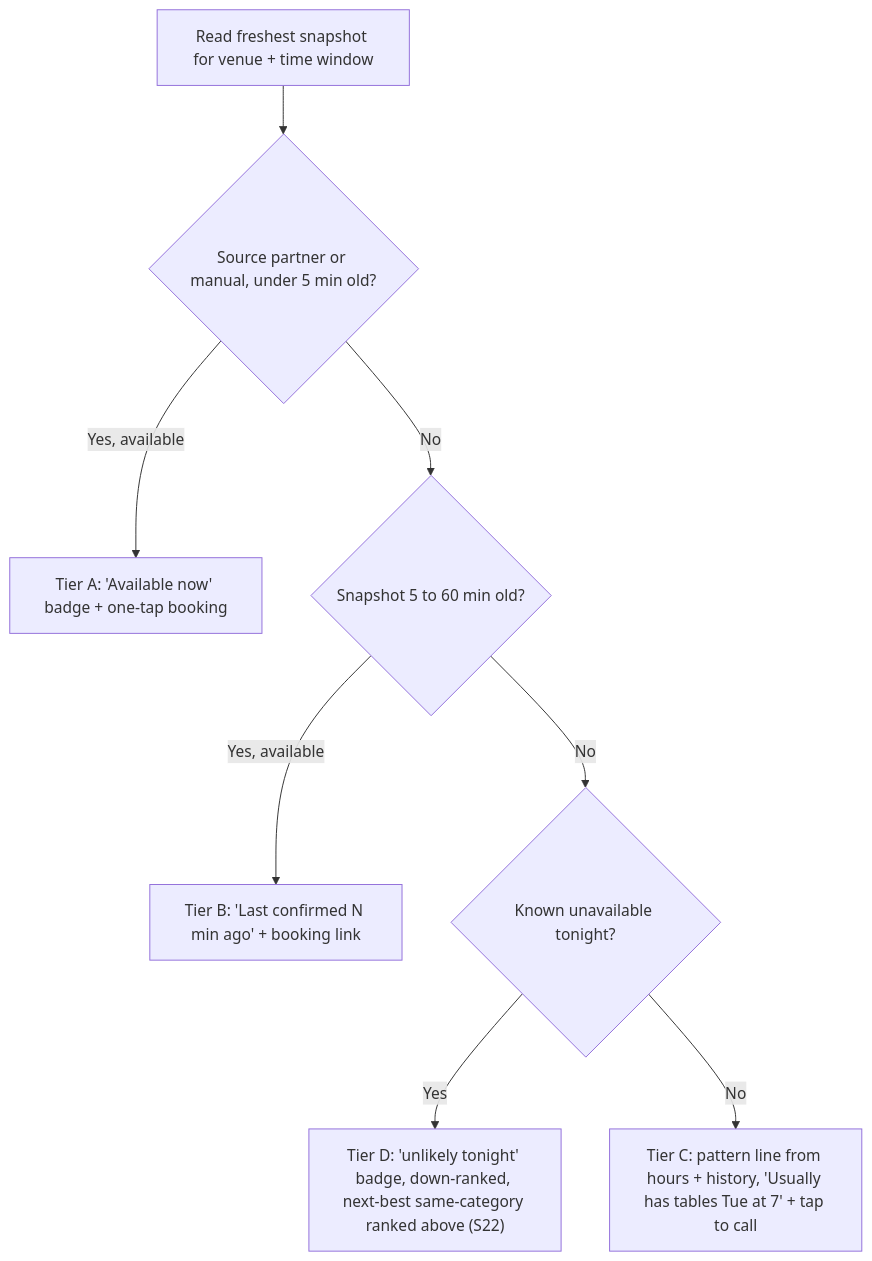
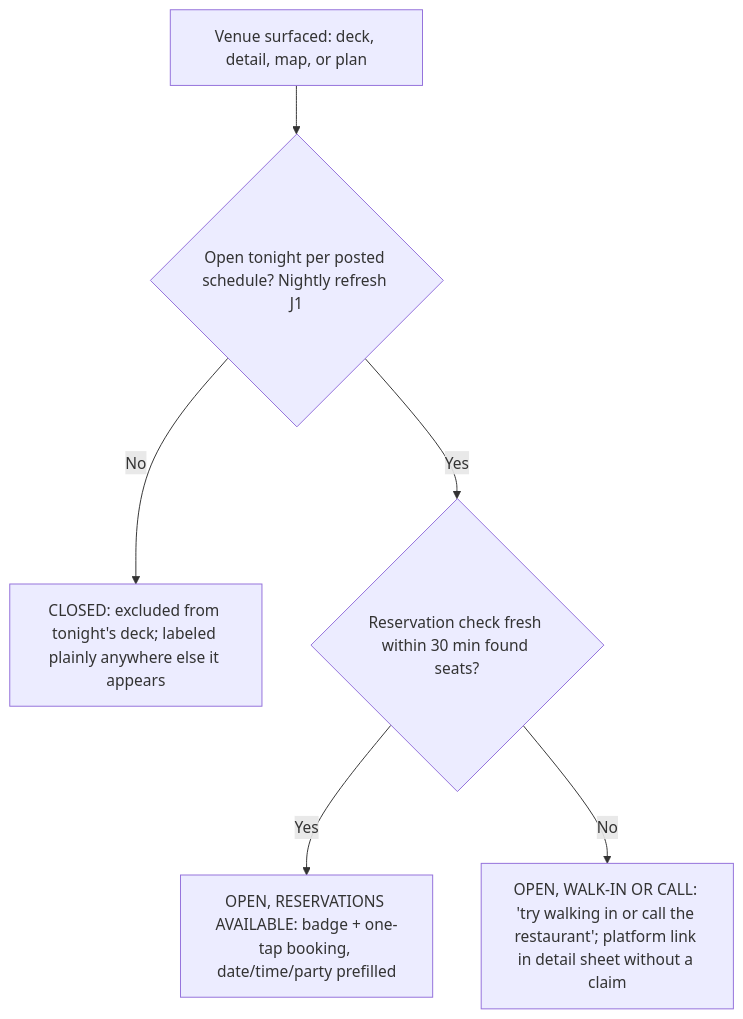
Before and after one commit to jsimo20/where2eat: the sixth of 7 diagrams in docs/technical-design.md, drawn with Mermaid. The commit also changed other lines of this file and 3 other files, not shown here.

````diff
--- a/docs/technical-design.md
+++ b/docs/technical-design.md
@@ -297,10 +298,8 @@
 ```mermaid
 flowchart TD
-    A[Read freshest snapshot for venue + time window] --> B{Source partner or manual, under 5 min old?}
-    B -->|Yes, available| TA["Tier A: 'Available now' badge + one-tap booking"]
-    B -->|No| C{Snapshot 5 to 60 min old?}
-    C -->|Yes, available| TB["Tier B: 'Last confirmed N min ago' + booking link"]
-    C -->|No| D{Known unavailable tonight?}
-    D -->|Yes| TD["Tier D: 'unlikely tonight' badge, down-ranked, next-best same-category ranked above (S22)"]
-    D -->|No| TC["Tier C: pattern line from hours + history, 'Usually has tables Tue at 7' + tap to call"]
+    A[Venue surfaced: deck, detail, map, or plan] --> B{Open tonight per posted schedule? Nightly refresh J1}
+    B -->|No| CL["CLOSED: excluded from tonight's deck; labeled plainly anywhere else it appears"]
+    B -->|Yes| C{Reservation check fresh within 30 min found seats?}
+    C -->|Yes| RS["OPEN, RESERVATIONS AVAILABLE: badge + one-tap booking, date/time/party prefilled"]
+    C -->|No| WI["OPEN, WALK-IN OR CALL: 'try walking in or call the restaurant'; platform link in detail sheet without a claim"]
 ```
````
